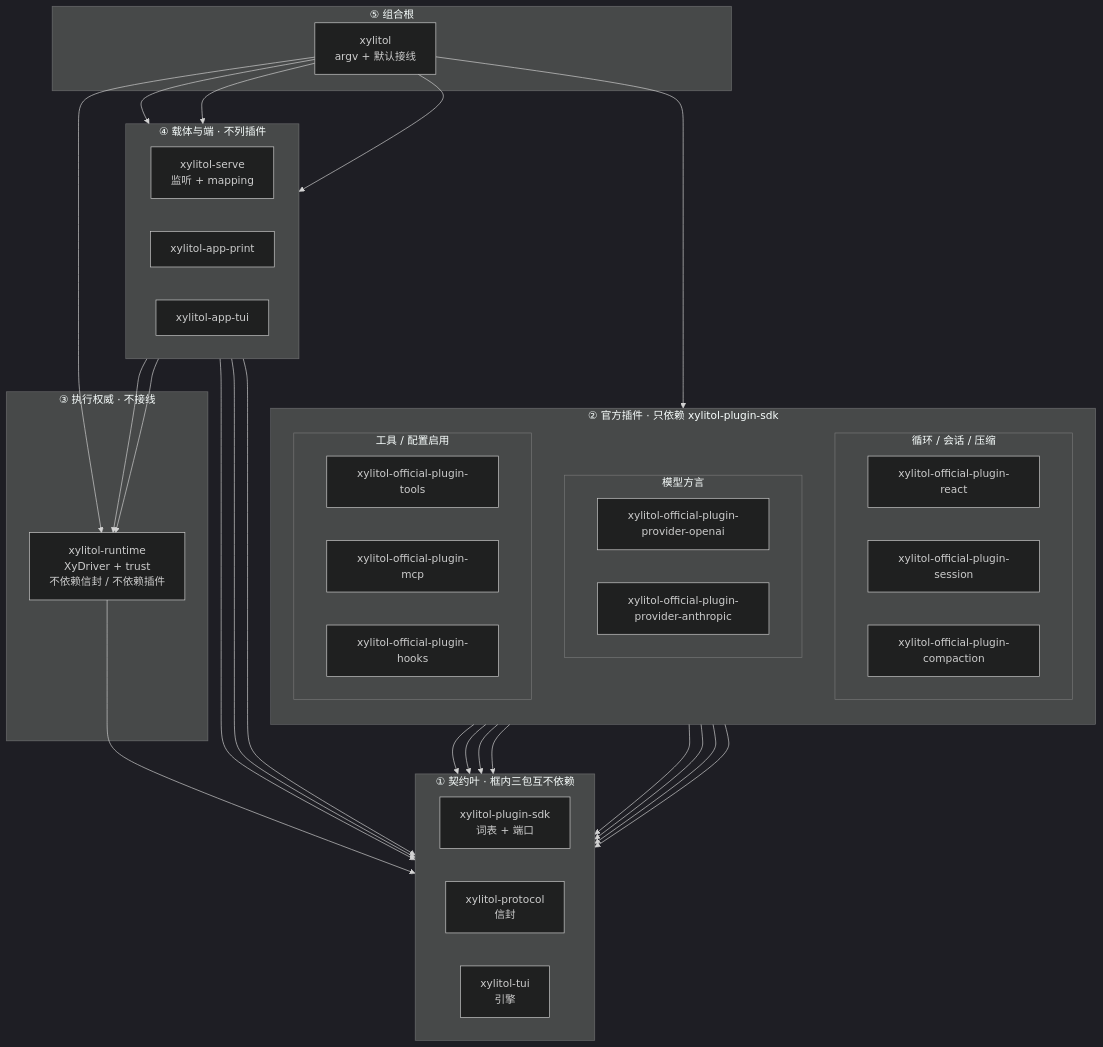
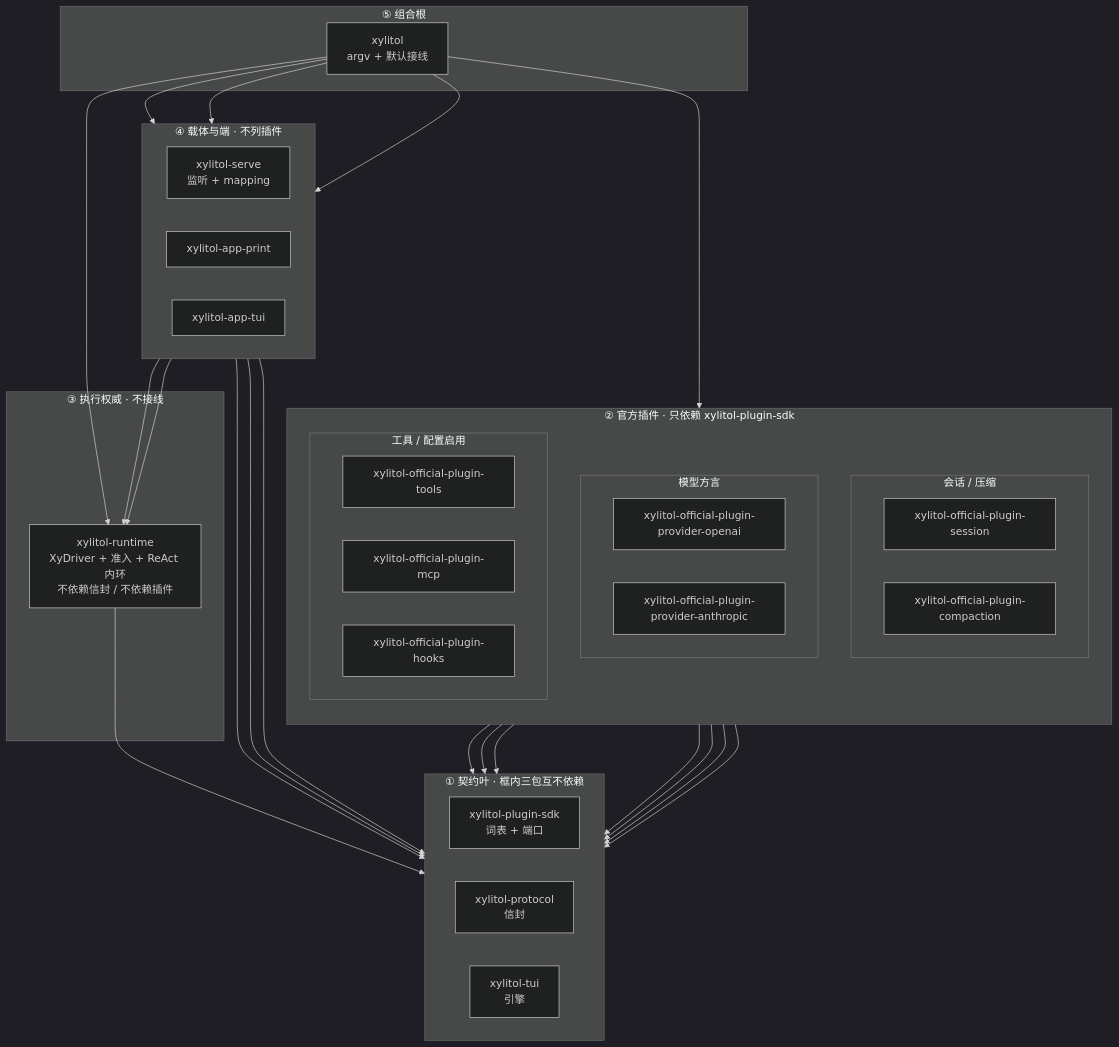
Before and after one commit to StrayDragon/xylitol: the diagram in _TODO.md, drawn with Mermaid (dark theme). The commit also changed other lines of this file, not shown here.

First line of the commit message:
docs: record settled crate graph and request lifecycle

````diff
--- a/_TODO.md
+++ b/_TODO.md
@@ -141,68 +188,66 @@
 ```mermaid
 flowchart TB
   subgraph contracts["① 契约叶 · 框内三包互不依赖"]
     direction LR
     xylitol_plugin_sdk["xylitol-plugin-sdk<br/>词表 + 端口"]
     xylitol_protocol["xylitol-protocol<br/>信封"]
     xylitol_tui["xylitol-tui<br/>引擎"]
   end
 
   subgraph plugins["② 官方插件 · 只依赖 xylitol-plugin-sdk"]
     direction TB
-    subgraph plugins_loop["循环 / 会话 / 压缩"]
+    subgraph plugins_loop["会话 / 压缩"]
       direction LR
-      xylitol_official_plugin_react["xylitol-official-plugin-react"]
       xylitol_official_plugin_session["xylitol-official-plugin-session"]
       xylitol_official_plugin_compaction["xylitol-official-plugin-compaction"]
     end
     subgraph plugins_model["模型方言"]
       direction LR
       xylitol_official_plugin_provider_openai["xylitol-official-plugin-provider-openai"]
       xylitol_official_plugin_provider_anthropic["xylitol-official-plugin-provider-anthropic"]
     end
     subgraph plugins_ext["工具 / 配置启用"]
       direction LR
       xylitol_official_plugin_tools["xylitol-official-plugin-tools"]
       xylitol_official_plugin_mcp["xylitol-official-plugin-mcp"]
       xylitol_official_plugin_hooks["xylitol-official-plugin-hooks"]
     end
   end
 
   subgraph kernel["③ 执行权威 · 不接线"]
-    xylitol_runtime["xylitol-runtime<br/>XyDriver + trust<br/>不依赖信封 / 不依赖插件"]
+    xylitol_runtime["xylitol-runtime<br/>XyDriver + 准入 + ReAct 内环<br/>不依赖信封 / 不依赖插件"]
   end
 
   subgraph surfaces["④ 载体与端 · 不列插件"]
     direction LR
     xylitol_serve["xylitol-serve<br/>监听 + mapping"]
     xylitol_app_print["xylitol-app-print"]
     xylitol_app_tui["xylitol-app-tui"]
   end
 
   subgraph root["⑤ 组合根"]
     xylitol["xylitol<br/>argv + 默认接线"]
   end
 
-  xylitol_official_plugin_react --> xylitol_plugin_sdk
   xylitol_official_plugin_session --> xylitol_plugin_sdk
   xylitol_official_plugin_compaction --> xylitol_plugin_sdk
   xylitol_official_plugin_provider_openai --> xylitol_plugin_sdk
   xylitol_official_plugin_provider_anthropic --> xylitol_plugin_sdk
   xylitol_official_plugin_tools --> xylitol_plugin_sdk
   xylitol_official_plugin_mcp --> xylitol_plugin_sdk
   xylitol_official_plugin_hooks --> xylitol_plugin_sdk
 
   xylitol_runtime --> xylitol_plugin_sdk
 
   xylitol_serve --> xylitol_runtime
   xylitol_serve --> xylitol_protocol
   xylitol_app_print --> xylitol_runtime
   xylitol_app_tui --> xylitol_protocol
   xylitol_app_tui --> xylitol_tui
 
   xylitol --> plugins
   xylitol --> xylitol_runtime
   xylitol --> xylitol_serve
   xylitol --> xylitol_app_print
   xylitol --> xylitol_app_tui
 ```
````
